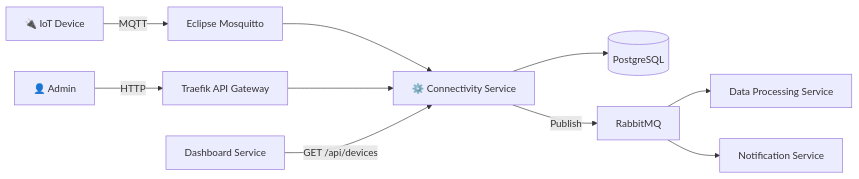
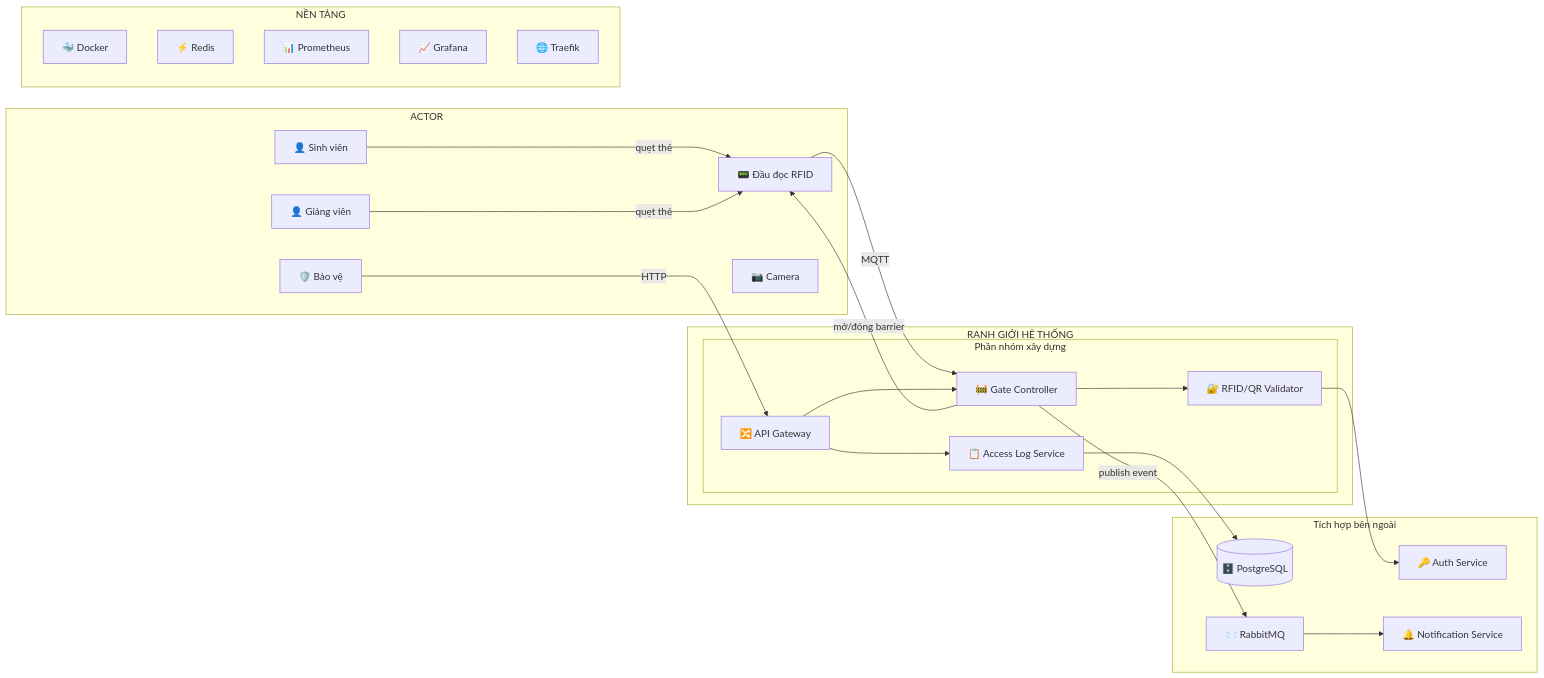
The diagram in evidence/buoi-01/service-boundary.md (Connectivity-services-ad-PT/lab1-vuducnam2005), drawn with Mermaid before and after one commit. The commit also changed other lines of this file, not shown here.

Commit message:
Update service-boundary: Access Gate Service with full Actor/Boundary/Service/Platform

````diff
--- a/evidence/buoi-01/service-boundary.md
+++ b/evidence/buoi-01/service-boundary.md
@@ -94,12 +133,47 @@
 ```mermaid
 flowchart LR
-    IoT["🔌 IoT Device"] -- MQTT --> Mosquitto["Eclipse Mosquitto"]
-    Mosquitto --> Service["⚙️ Connectivity Service"]
-    Admin["👤 Admin"] -- HTTP --> Gateway["Traefik API Gateway"]
-    Gateway --> Service
-    Service --> DB[("PostgreSQL")]
-    Service -- Publish --> RabbitMQ["RabbitMQ"]
-    RabbitMQ --> DataSvc["Data Processing Service"]
-    RabbitMQ --> NotiSvc["Notification Service"]
-    Dashboard["Dashboard Service"] -- "GET /api/devices" --> Service
+    subgraph ACTOR
+        SV["👤 Sinh viên"]
+        GV["👤 Giảng viên"]
+        BV["🛡️ Bảo vệ"]
+        RFID["📟 Đầu đọc RFID"]
+        CAM["📷 Camera"]
+    end
+
+    subgraph BOUNDARY["RANH GIỚI HỆ THỐNG"]
+        subgraph BUILD["Phần nhóm xây dựng"]
+            GW["🔀 API Gateway"]
+            GATE["🚧 Gate Controller"]
+            LOG["📋 Access Log Service"]
+            VALID["🔐 RFID/QR Validator"]
+        end
+    end
+
+    subgraph INTEGRATE["Tích hợp bên ngoài"]
+        AUTH["🔑 Auth Service"]
+        NOTI["🔔 Notification Service"]
+        DB[("🗄️ PostgreSQL")]
+        MQ["📨 RabbitMQ"]
+    end
+
+    subgraph PLATFORM["NỀN TẢNG"]
+        DOCKER["🐳 Docker"]
+        REDIS["⚡ Redis"]
+        PROM["📊 Prometheus"]
+        GRAF["📈 Grafana"]
+        TRAEFIK["🌐 Traefik"]
+    end
+
+    SV -- "quẹt thẻ" --> RFID
+    GV -- "quẹt thẻ" --> RFID
+    BV -- "HTTP" --> GW
+    RFID -- "MQTT" --> GATE
+    GW --> GATE
+    GW --> LOG
+    GATE --> VALID
+    VALID --> AUTH
+    GATE -- "mở/đóng barrier" --> RFID
+    LOG --> DB
+    GATE -- "publish event" --> MQ
+    MQ --> NOTI
 ```
````
